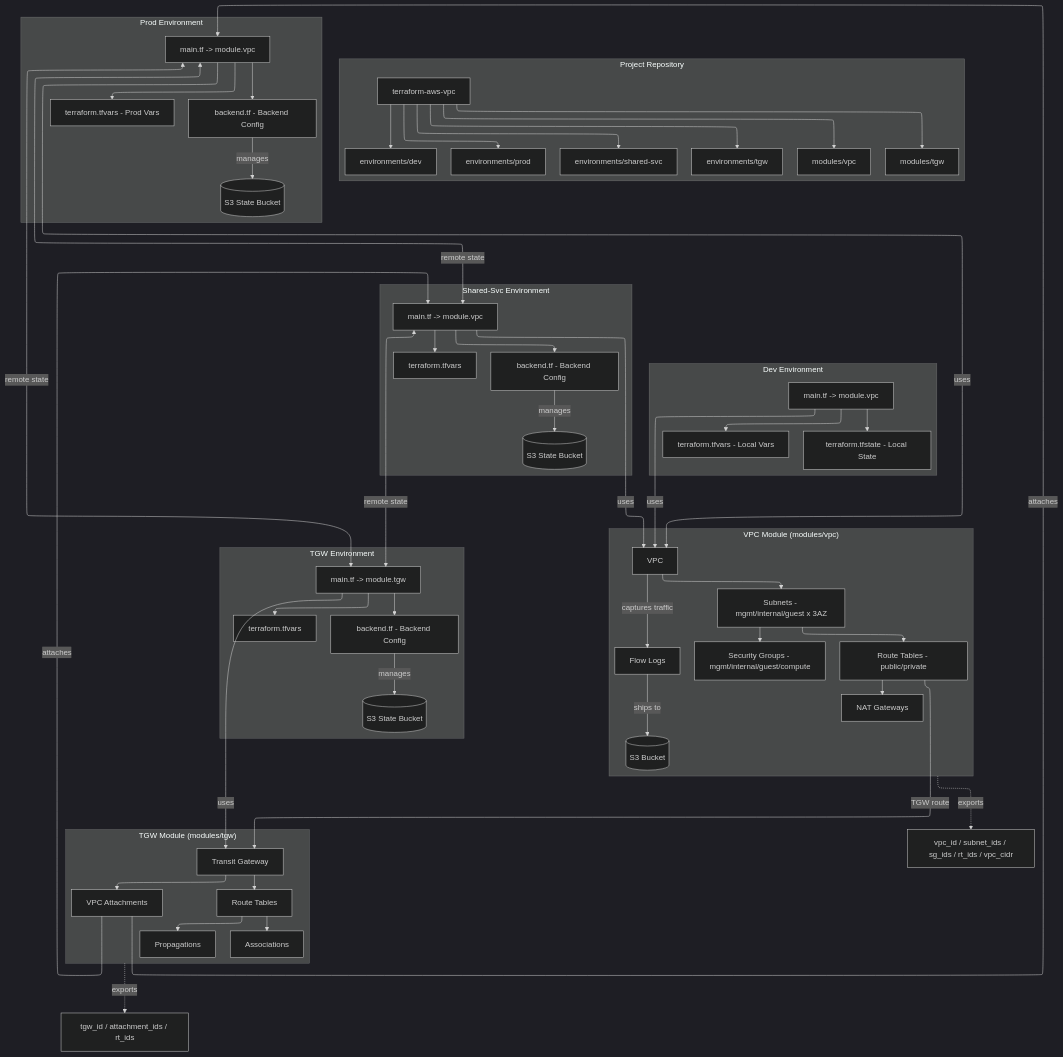
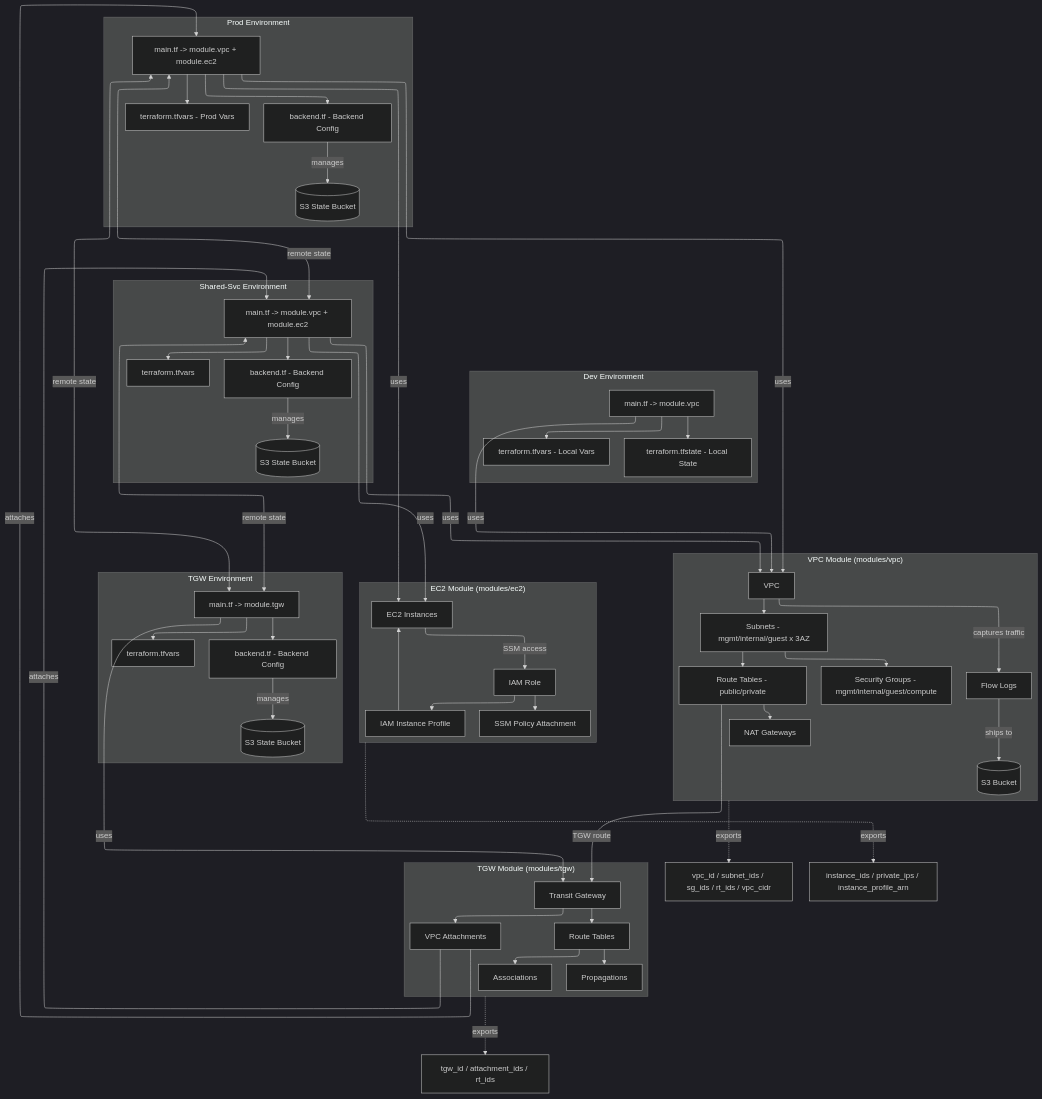
One commit to m3lcy/terraform-aws-vpc changed the first of 8 diagrams in README.md. Above: the diagram before and after it, drawn with Mermaid (dark theme). The commit also changed other lines of this file, not shown here.

````diff
--- a/README.md
+++ b/README.md
@@ -24,17 +25,6 @@
   layout: elk
 ---
 flowchart TB
-  subgraph Repo ["Project Repository"]
-    direction TB
-    A[terraform-aws-vpc]
-    A --> B[modules/vpc]
-    A --> C[modules/tgw]
-    A --> D[environments/dev]
-    A --> E[environments/prod]
-    A --> F[environments/shared-svc]
-    A --> G[environments/tgw]
-  end
-
   subgraph VPC_Module ["VPC Module (modules/vpc)"]
     direction TB
     M1[VPC]
@@ -65,6 +55,17 @@
     T3 --> T5
   end
 
+  subgraph EC2_Module ["EC2 Module (modules/ec2)"]
+    direction TB
+    C1[EC2 Instances]
+    C2[IAM Role]
+    C3[IAM Instance Profile]
+    C4[SSM Policy Attachment]
+    C2 --> C4
+    C2 --> C3
+    C3 --> C1
+  end
+
   subgraph Dev_Env ["Dev Environment"]
     direction TB
     E1[main.tf -> module.vpc]
@@ -76,7 +77,7 @@
 
   subgraph Prod_Env ["Prod Environment"]
     direction TB
-    P1[main.tf -> module.vpc]
+    P1[main.tf -> module.vpc + module.ec2]
     P2[terraform.tfvars - Prod Vars]
     P3[backend.tf - Backend Config]
     P4[(S3 State Bucket)]
@@ -87,7 +88,7 @@
 
   subgraph SharedSvc_Env ["Shared-Svc Environment"]
     direction TB
-    S1[main.tf -> module.vpc]
+    S1[main.tf -> module.vpc + module.ec2]
     S2[terraform.tfvars]
     S3[backend.tf - Backend Config]
     S4[(S3 State Bucket)]
@@ -109,7 +110,9 @@
 
   E1 -->|uses| M1
   P1 -->|uses| M1
+  P1 -->|uses| C1
   S1 -->|uses| M1
+  S1 -->|uses| C1
   G1 -->|uses| T1
 
   P1 <-->|remote state| G1
@@ -120,7 +123,9 @@
   T2 -->|attaches| S1
 
   M3 -->|TGW route| T1
+  C1 -->|SSM access| C2
 
   VPC_Module -.->|exports| O[vpc_id / subnet_ids / sg_ids / rt_ids / vpc_cidr]
   TGW_Module -.->|exports| OT[tgw_id / attachment_ids / rt_ids]
+  EC2_Module -.->|exports| OC[instance_ids / private_ips / instance_profile_arn]
 ```
````
